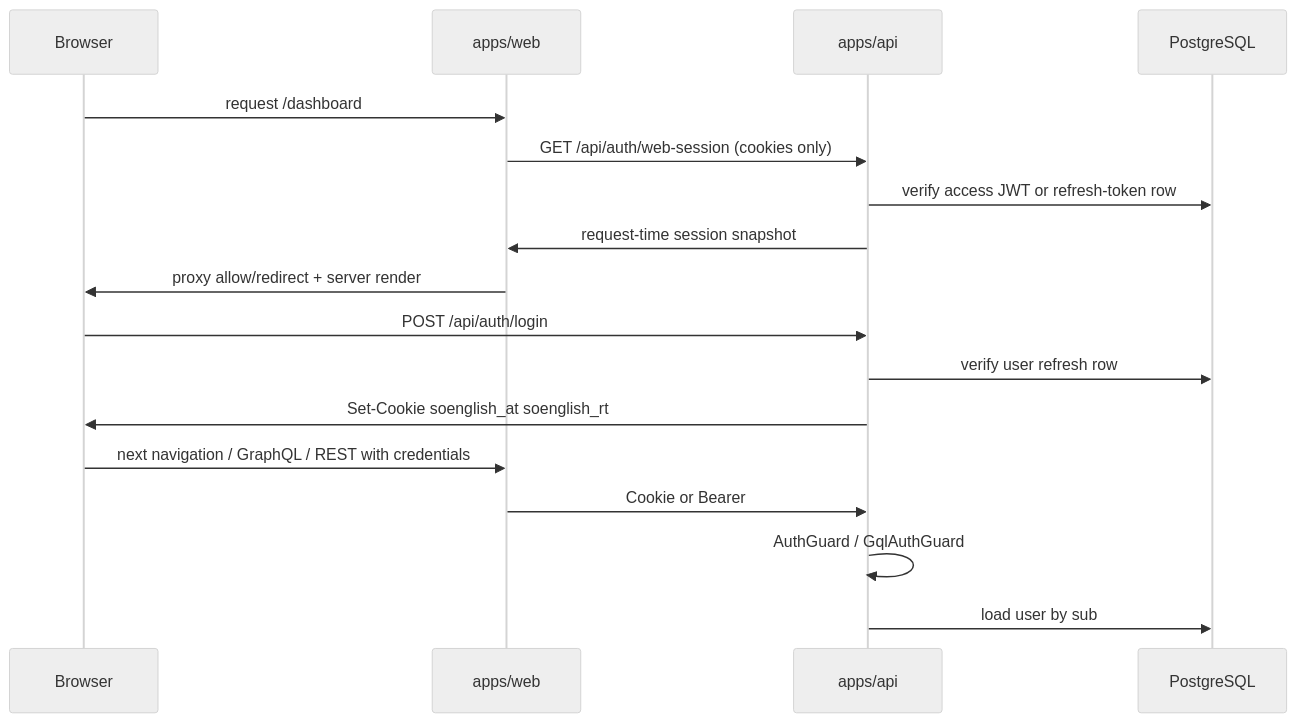
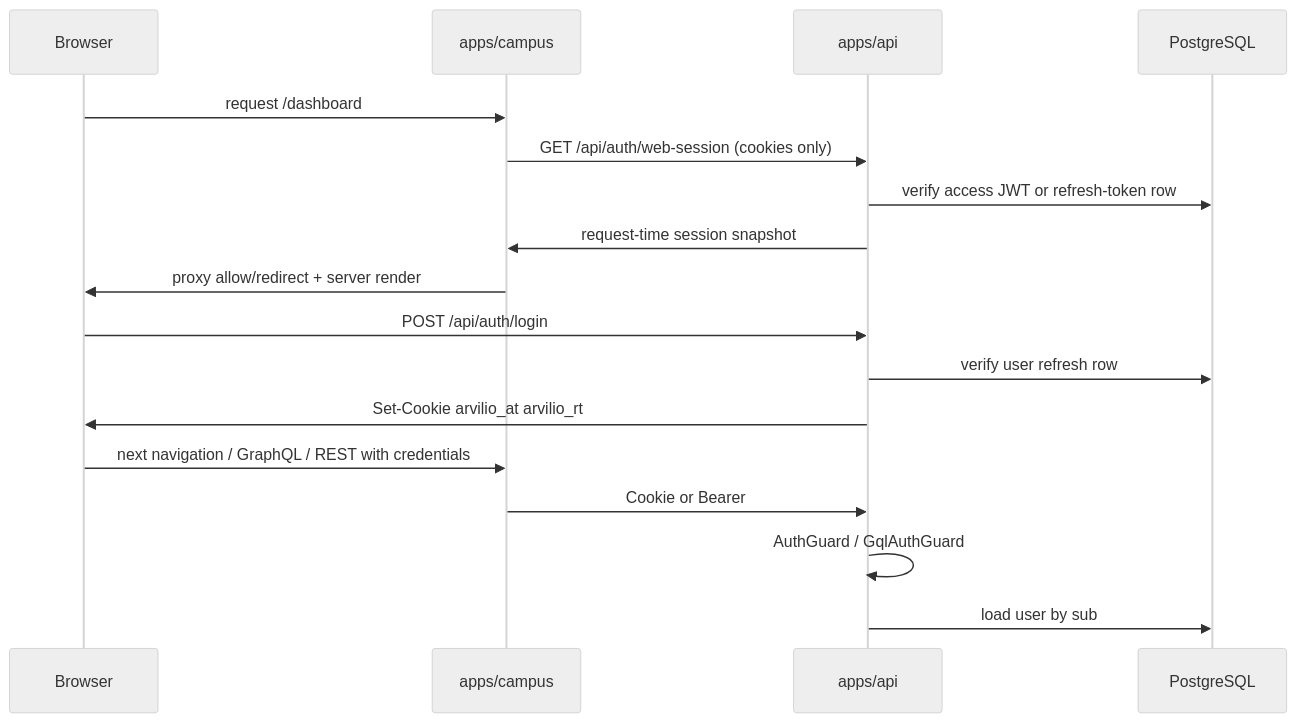
One commit to Mikirurk1/arvilio changed the diagram in docs/llm-wiki/wiki/concepts/auth-rbac.md. Above: the diagram before and after it, drawn with Mermaid (neutral theme). The commit also changed other lines of this file and 1400 other files, not shown here.

````diff
--- a/docs/llm-wiki/wiki/concepts/auth-rbac.md
+++ b/docs/llm-wiki/wiki/concepts/auth-rbac.md
@@ -12,20 +12,20 @@
 ```mermaid
 sequenceDiagram
   participant Browser
-  participant Web as apps/web
+  participant Web as apps/campus
   participant API as apps/api
   participant DB as PostgreSQL
 
   Browser->>Web: request /dashboard
   Web->>API: GET /api/auth/web-session (cookies only)
   API->>DB: verify access JWT or refresh-token row
   API->>Web: request-time session snapshot
   Web->>Browser: proxy allow/redirect + server render
   Browser->>API: POST /api/auth/login
   API->>DB: verify user refresh row
-  API->>Browser: Set-Cookie soenglish_at soenglish_rt
+  API->>Browser: Set-Cookie arvilio_at arvilio_rt
   Browser->>Web: next navigation / GraphQL / REST with credentials
   Web->>API: Cookie or Bearer
   API->>API: AuthGuard / GqlAuthGuard
   API->>DB: load user by sub
 ```
````
